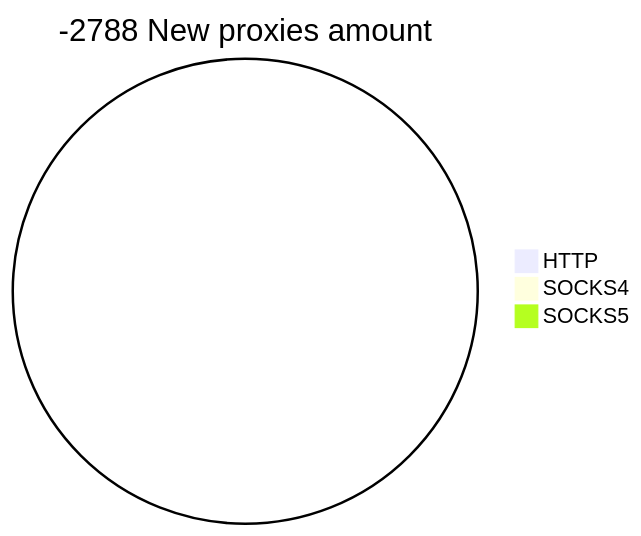
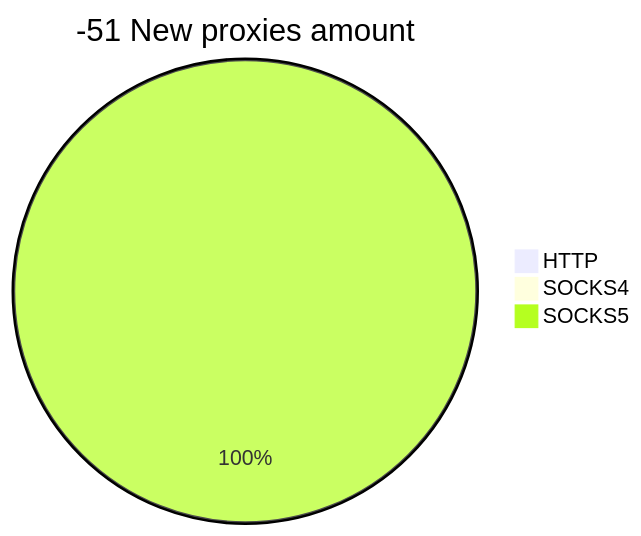
One commit to cutipu/proxylist changed the second of 2 diagrams in README.md. Above: the diagram before and after it, drawn with Mermaid. The commit also changed other lines of this file, not shown here.

````diff
--- a/README.md
+++ b/README.md
@@ -10,6 +10,6 @@
 ```mermaid
-pie title -2788 New proxies amount
+pie title -51 New proxies amount
     "HTTP" : 0
     "SOCKS4" : 0
-    "SOCKS5" : 0
+    "SOCKS5" : 647
 ```
````
